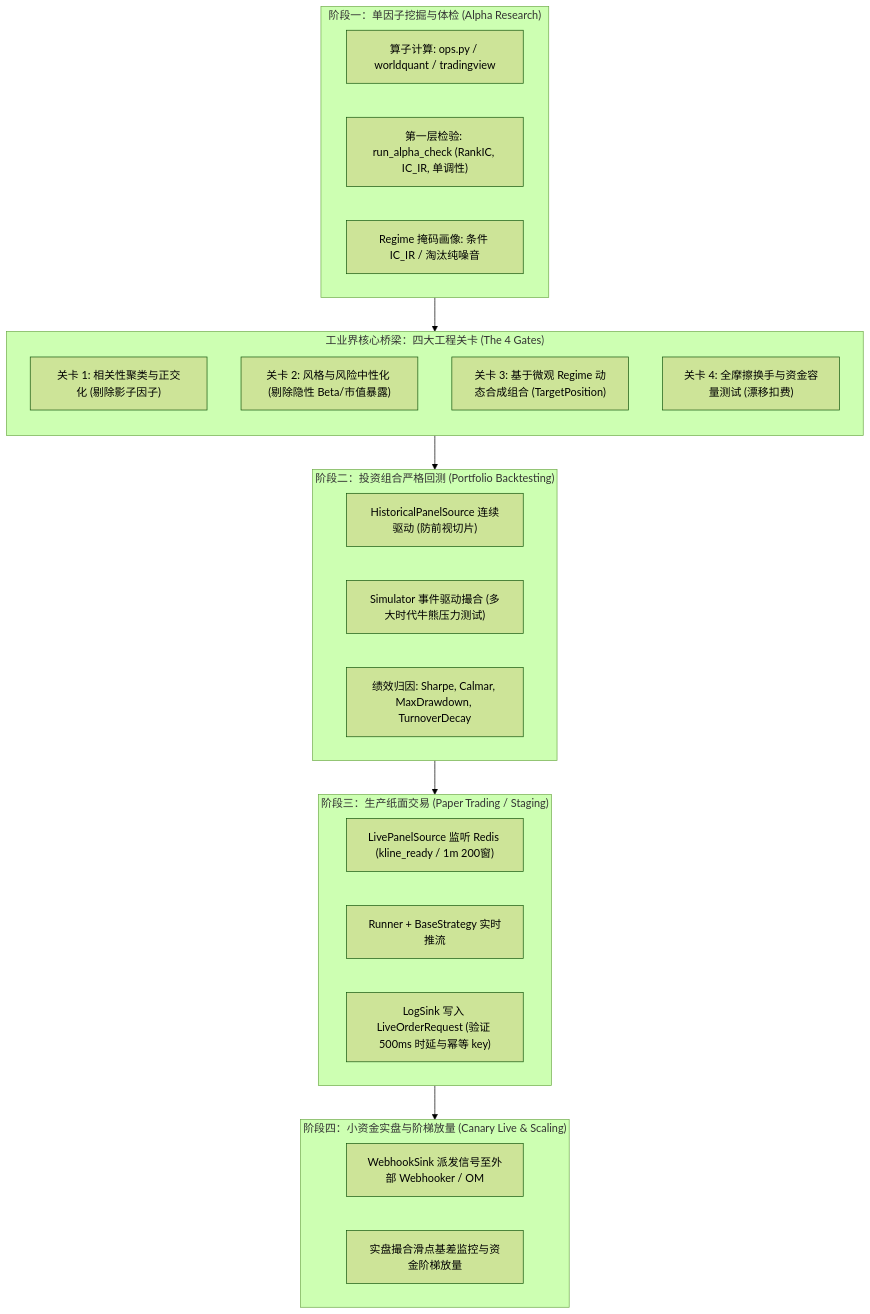
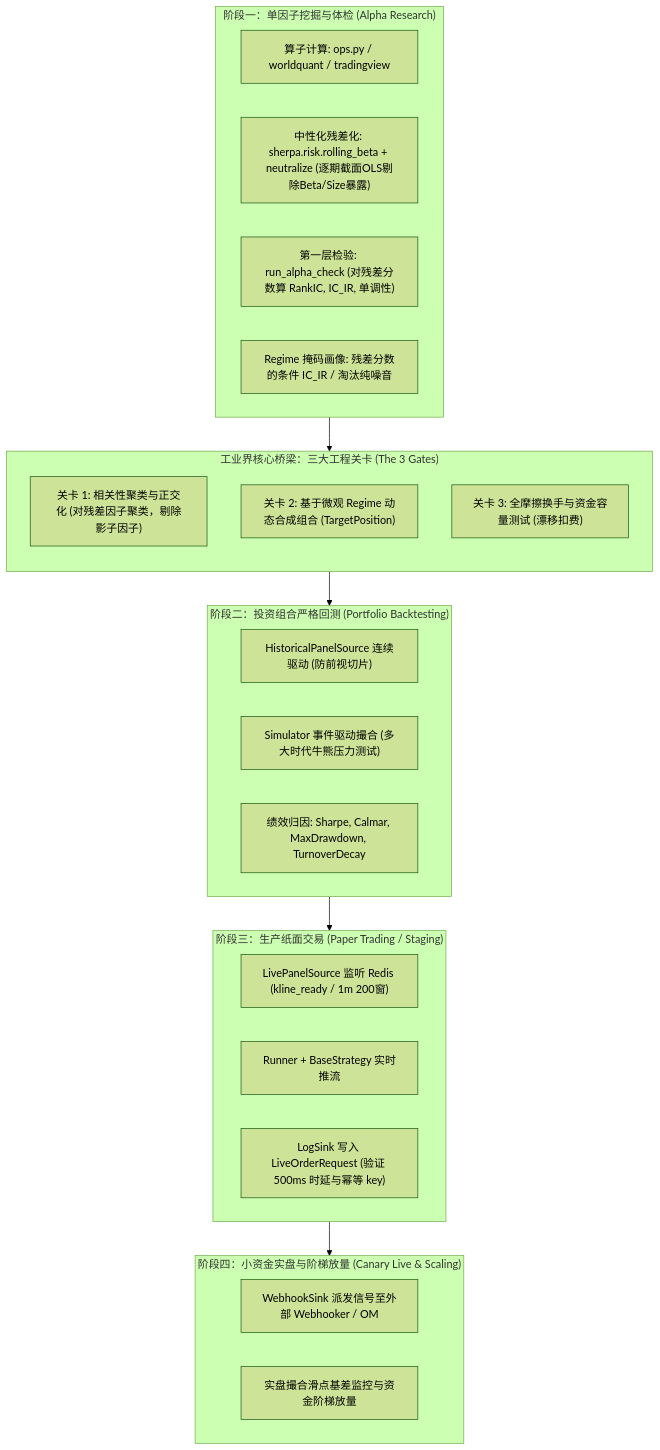
The diagram in QUANT_RESEARCH_TO_LIVE_LIFECYCLE.md (GeekChomolungma/Sherpa), drawn with Mermaid (forest theme) before and after one commit. The commit also changed other lines of this file and 17 other files, not shown here.

Commit message:
add beta neturalize for every alpha

````diff
--- a/QUANT_RESEARCH_TO_LIVE_LIFECYCLE.md
+++ b/QUANT_RESEARCH_TO_LIVE_LIFECYCLE.md
@@ -41,38 +43,38 @@
 ```mermaid
 flowchart TD
     subgraph STAGE1["阶段一：单因子挖掘与体检 (Alpha Research)"]
         A1["算子计算: ops.py / worldquant / tradingview"]
-        A2["第一层检验: run_alpha_check (RankIC, IC_IR, 单调性)"]
-        A3["Regime 掩码画像: 条件 IC_IR / 淘汰纯噪音"]
+        A2["中性化残差化: sherpa.risk.rolling_beta + neutralize (逐期截面OLS剔除Beta/Size暴露)"]
+        A3["第一层检验: run_alpha_check (对残差分数算 RankIC, IC_IR, 单调性)"]
+        A4["Regime 掩码画像: 残差分数的条件 IC_IR / 淘汰纯噪音"]
     end
 
-    subgraph GATES["工业界核心桥梁：四大工程关卡 (The 4 Gates)"]
+    subgraph GATES["工业界核心桥梁：三大工程关卡 (The 3 Gates)"]
         direction TB
-        G1["关卡 1: 相关性聚类与正交化 (剔除影子因子)"]
-        G2["关卡 2: 风格与风险中性化 (剔除隐性 Beta/市值暴露)"]
-        G3["关卡 3: 基于微观 Regime 动态合成组合 (TargetPosition)"]
-        G4["关卡 4: 全摩擦换手与资金容量测试 (漂移扣费)"]
+        G1["关卡 1: 相关性聚类与正交化 (对残差因子聚类，剔除影子因子)"]
+        G2["关卡 2: 基于微观 Regime 动态合成组合 (TargetPosition)"]
+        G3["关卡 3: 全摩擦换手与资金容量测试 (漂移扣费)"]
     end
 
     subgraph STAGE2["阶段二：投资组合严格回测 (Portfolio Backtesting)"]
         B1["HistoricalPanelSource 连续驱动 (防前视切片)"]
         B2["Simulator 事件驱动撮合 (多大时代牛熊压力测试)"]
         B3["绩效归因: Sharpe, Calmar, MaxDrawdown, TurnoverDecay"]
     end
 
     subgraph STAGE3["阶段三：生产纸面交易 (Paper Trading / Staging)"]
         P1["LivePanelSource 监听 Redis (kline_ready / 1m 200窗)"]
         P2["Runner + BaseStrategy 实时推流"]
         P3["LogSink 写入 LiveOrderRequest (验证 500ms 时延与幂等 key)"]
     end
 
     subgraph STAGE4["阶段四：小资金实盘与阶梯放量 (Canary Live & Scaling)"]
         L1["WebhookSink 派发信号至外部 Webhooker / OM"]
         L2["实盘撮合滑点基差监控与资金阶梯放量"]
     end
 
     STAGE1 --> GATES
     GATES --> STAGE2
     STAGE2 --> STAGE3
     STAGE3 --> STAGE4
 ```
````
